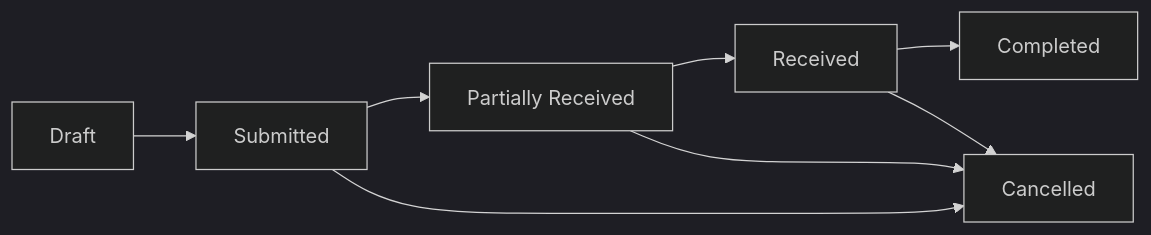
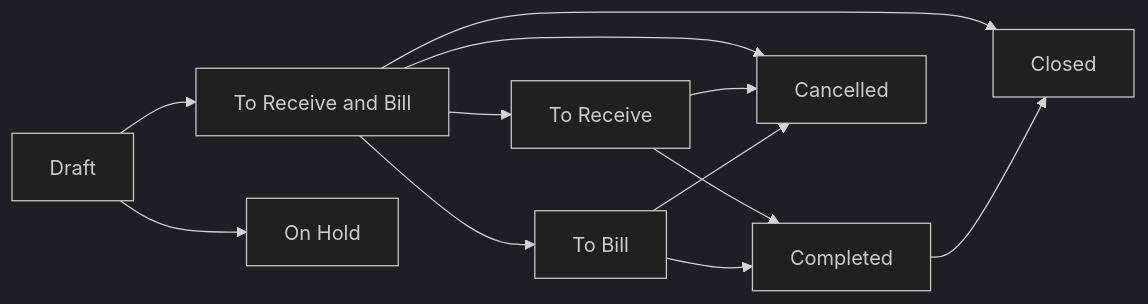
Before and after one commit to isiruma/erpnext: the diagram in docs/08-business-processes/purchase-processes/simple-purchase-order/06-status-management-guide.md, drawn with Mermaid (dark theme). The commit also changed other lines of this file, not shown here.

````diff
--- a/docs/08-business-processes/purchase-processes/simple-purchase-order/06-status-management-guide.md
+++ b/docs/08-business-processes/purchase-processes/simple-purchase-order/06-status-management-guide.md
@@ -11,10 +24,14 @@
 ```mermaid
 graph LR
-    A[Draft] --> B[Submitted]
-    B --> C[Partially Received]
-    C --> D[Received]
-    D --> E[Completed]
+    A[Draft] --> B[To Receive and Bill]
+    A --> H[On Hold]
+    B --> C[To Receive]
+    B --> D[To Bill]
+    C --> E[Completed]
+    D --> E
     B --> F[Cancelled]
     C --> F
     D --> F
+    B --> G[Closed]
+    E --> G
 ```
````
